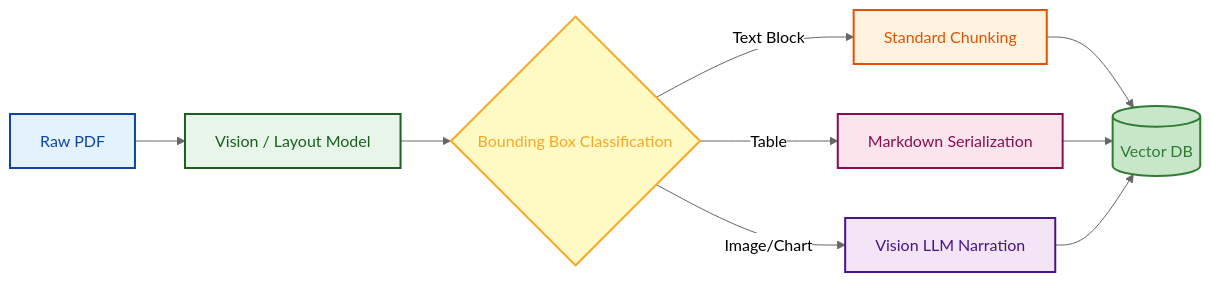
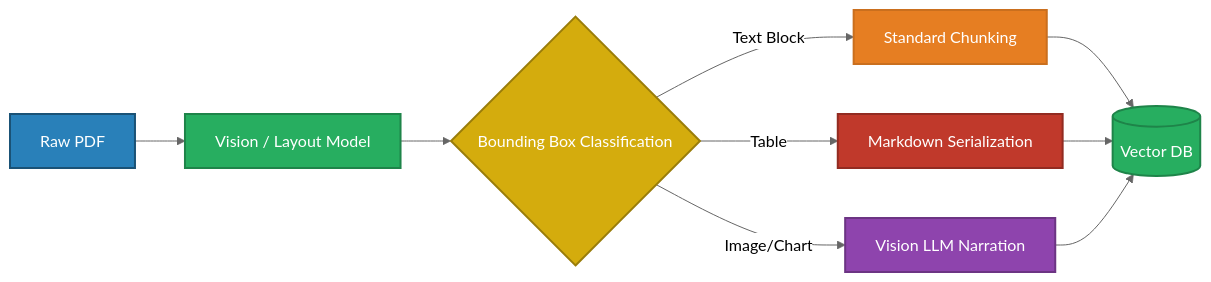
The third of 4 diagrams in docs/03-chunking/README.md (GyanendraChaubey/AI-Engineering-Notes), drawn with Mermaid (neutral theme) before and after one commit. The commit also changed other lines of this file and 15 other files, not shown here.

Commit message:
style: replace all Mermaid diagram colors with saturated palette + white text for dark mode compatibility (321 changes across 16 files)

````diff
--- a/docs/03-chunking/README.md
+++ b/docs/03-chunking/README.md
@@ -146,18 +146,18 @@
 ```mermaid
 flowchart LR
     A[Raw PDF] --> B[Vision / Layout Model]
     B --> C{Bounding Box Classification}
     C -->|Text Block| D[Standard Chunking]
     C -->|Table| E[Markdown Serialization]
     C -->|Image/Chart| F[Vision LLM Narration]
     D --> G[(Vector DB)]
     E --> G
     F --> G
-    style A fill:#e3f2fd,stroke:#0d47a1,stroke-width:2px,color:#0d47a1
-    style B fill:#e8f5e9,stroke:#1b5e20,stroke-width:2px,color:#1b5e20
-    style C fill:#fff9c4,stroke:#f9a825,stroke-width:2px,color:#f9a825
-    style D fill:#fff3e0,stroke:#e65100,stroke-width:2px,color:#e65100
-    style E fill:#fce4ec,stroke:#880e4f,stroke-width:2px,color:#880e4f
-    style F fill:#f3e5f5,stroke:#4a148c,stroke-width:2px,color:#4a148c
-    style G fill:#c8e6c9,stroke:#2e7d32,stroke-width:2px,color:#2e7d32
+    style A fill:#2980B9,stroke:#1A5276,stroke-width:2px,color:#FFFFFF
+    style B fill:#27AE60,stroke:#1E8449,stroke-width:2px,color:#FFFFFF
+    style C fill:#D4AC0D,stroke:#9A7D0A,stroke-width:2px,color:#FFFFFF
+    style D fill:#E67E22,stroke:#CA6F1E,stroke-width:2px,color:#FFFFFF
+    style E fill:#C0392B,stroke:#922B21,stroke-width:2px,color:#FFFFFF
+    style F fill:#8E44AD,stroke:#6C3483,stroke-width:2px,color:#FFFFFF
+    style G fill:#27AE60,stroke:#1E8449,stroke-width:2px,color:#FFFFFF
 ```
````
